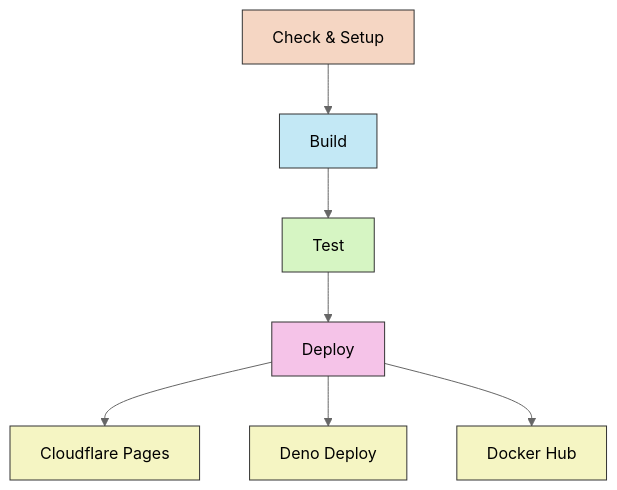
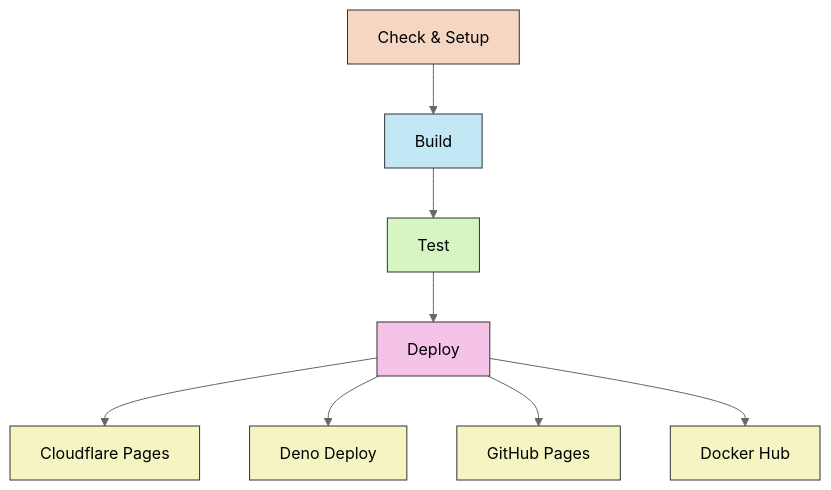
Before and after one commit to erfianugrah/revista-3: the diagram in src/CI-CD-README.md, drawn with Mermaid (neutral theme). The commit also changed other lines of this file and 5 other files, not shown here.

````diff
--- a/src/CI-CD-README.md
+++ b/src/CI-CD-README.md
@@ -14,21 +14,22 @@
 ```mermaid
 graph TD
     A["Check & Setup"] --> B["Build"] 
     B --> C["Test"]
     C --> D["Deploy"]
     D --> E1["Cloudflare Pages"]  
     D --> E2["Deno Deploy"]
-    D --> E3["Docker Hub"]
+    D --> E3["GitHub Pages"]
+    D --> E4["Docker Hub"]
     
     classDef setup fill:#f5d6c3,stroke:#333,stroke-width:1px
     classDef build fill:#c3e8f5,stroke:#333,stroke-width:1px
     classDef test fill:#d6f5c3,stroke:#333,stroke-width:1px
     classDef deploy fill:#f5c3e8,stroke:#333,stroke-width:1px
     classDef target fill:#f5f5c3,stroke:#333,stroke-width:1px
     
     class A setup
     class B build
     class C test
     class D deploy
-    class E1,E2,E3 target
+    class E1,E2,E3,E4 target
 ```
````
